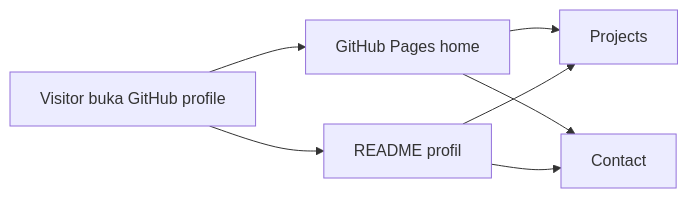
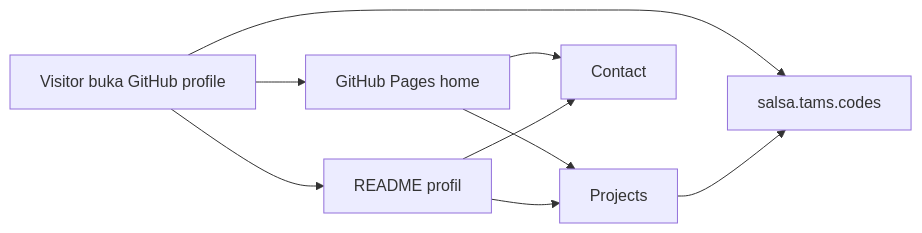
Before and after one commit to adndaaryadi/adndaaryadi: the first of 2 diagrams in README.md, drawn with Mermaid. The commit also changed other lines of this file and 9 other files, not shown here.

````diff
--- a/README.md
+++ b/README.md
@@ -52,9 +54,11 @@
 ```mermaid
 flowchart LR
   A[Visitor buka GitHub profile] --> B[README profil]
   A --> C[GitHub Pages home]
+  A --> F[salsa.tams.codes]
   C --> D[Projects]
   C --> E[Contact]
   B --> D
   B --> E
+  D --> F
 ```
````
